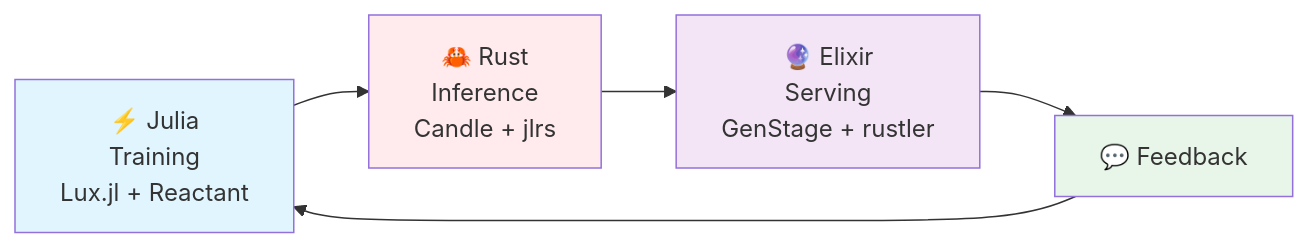
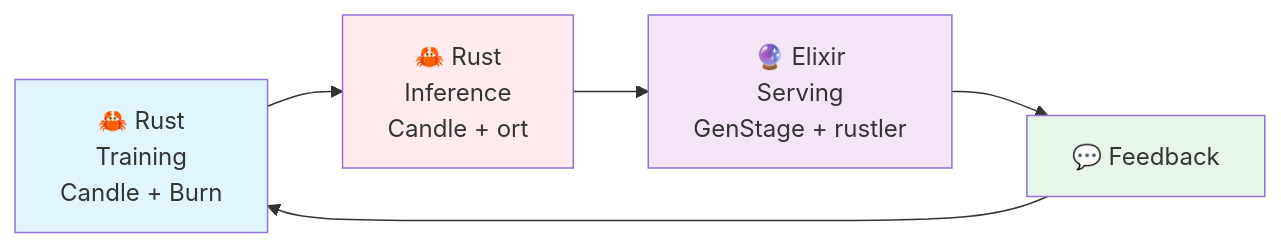
One commit to fumishiki/zenn changed the first of 6 diagrams in articles/ml-lecture-19-part1.md. Above: the diagram before and after it, drawn with Mermaid. The commit also changed other lines of this file and 97 other files, not shown here.

````diff
--- a/articles/ml-lecture-19-part1.md
+++ b/articles/ml-lecture-19-part1.md
@@ -32,11 +32,11 @@
 ```mermaid
 graph LR
-    A["⚡ Julia<br/>Training<br/>Lux.jl + Reactant"] --> B["🦀 Rust<br/>Inference<br/>Candle + jlrs"]
+    A["🦀 Rust<br/>Training<br/>Candle + Burn"] --> B["🦀 Rust<br/>Inference<br/>Candle + ort"]
     B --> C["🔮 Elixir<br/>Serving<br/>GenStage + rustler"]
     C --> D["💬 Feedback"]
     D --> A
     style A fill:#e1f5fe
     style B fill:#ffebee
     style C fill:#f3e5f5
     style D fill:#e8f5e9
 ```
````
